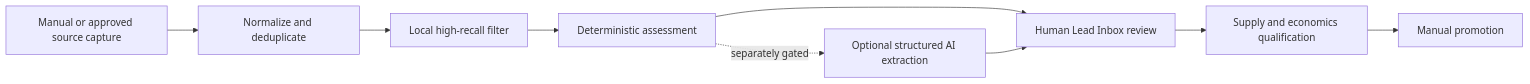
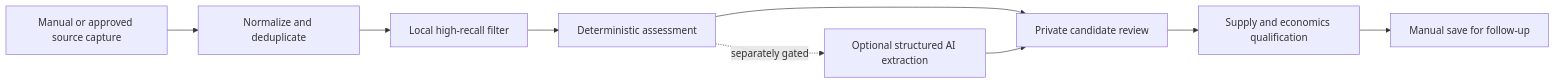
The second of 3 diagrams in docs/ARCHITECTURE.md (DPLCoding/MarginScout), drawn with Mermaid before and after one commit. The commit also changed other lines of this file and 19 other files, not shown here.

````diff
--- a/docs/ARCHITECTURE.md
+++ b/docs/ARCHITECTURE.md
@@ -40,17 +40,17 @@
 ```mermaid
 flowchart LR
     Capture[Manual or approved source capture]
     Normalize[Normalize and deduplicate]
     Filter[Local high-recall filter]
     Assess[Deterministic assessment]
     OptionalAI[Optional structured AI extraction]
-    Review[Human Lead Inbox review]
+    Review[Private candidate review]
     Qualify[Supply and economics qualification]
-    Promote[Manual promotion]
+    Save[Manual save for follow-up]
 
     Capture --> Normalize --> Filter --> Assess
     Assess -. separately gated .-> OptionalAI
     Assess --> Review
     OptionalAI --> Review
-    Review --> Qualify --> Promote
+    Review --> Qualify --> Save
 ```
````
